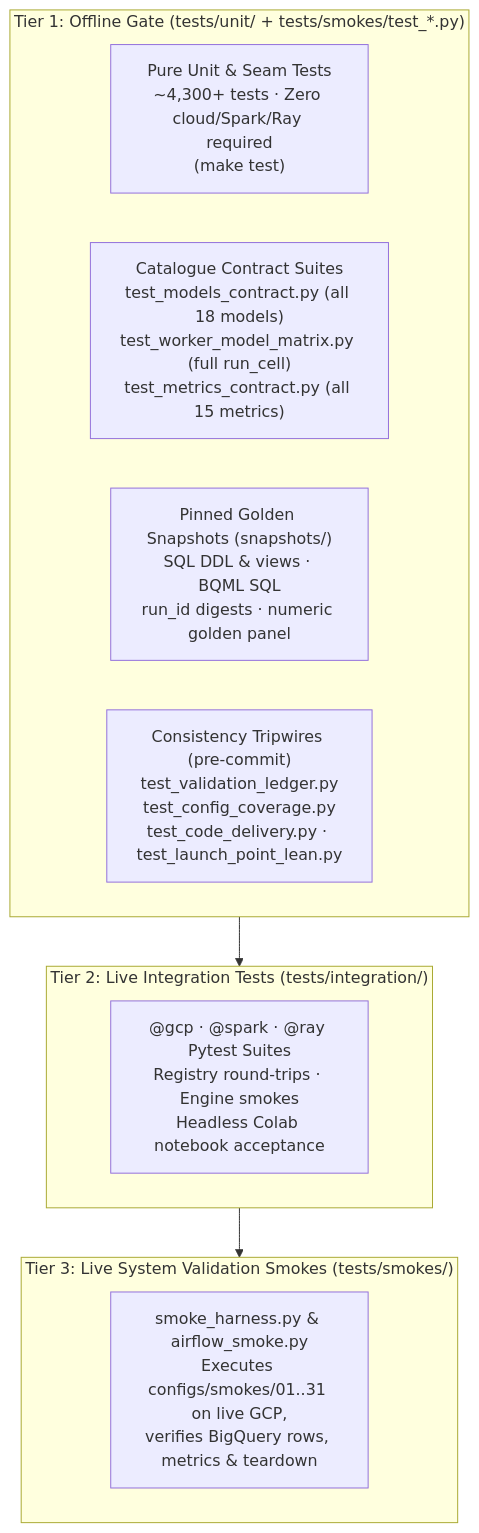
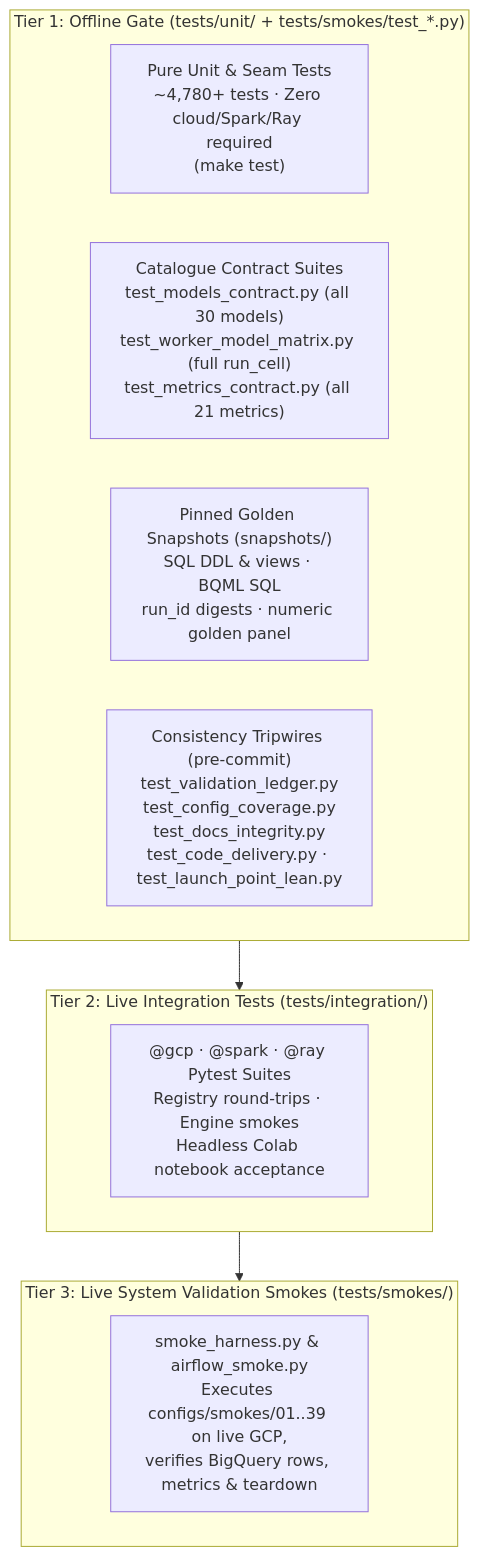
Before and after one commit to statmike/scale-forecasting: the diagram in tests/README.md, drawn with Mermaid. The commit also changed other lines of this file and 69 other files, not shown here.

````diff
--- a/tests/README.md
+++ b/tests/README.md
@@ -5,20 +5,20 @@
 ```mermaid
 flowchart TB
     subgraph offline["Tier 1: Offline Gate (tests/unit/ + tests/smokes/test_*.py)"]
         direction LR
-        unit["Pure Unit & Seam Tests<br/>~4,300+ tests · Zero cloud/Spark/Ray required<br/>(make test)"]
-        contracts["Catalogue Contract Suites<br/>test_models_contract.py (all 18 models)<br/>test_worker_model_matrix.py (full run_cell)<br/>test_metrics_contract.py (all 15 metrics)"]
+        unit["Pure Unit & Seam Tests<br/>~4,780+ tests · Zero cloud/Spark/Ray required<br/>(make test)"]
+        contracts["Catalogue Contract Suites<br/>test_models_contract.py (all 30 models)<br/>test_worker_model_matrix.py (full run_cell)<br/>test_metrics_contract.py (all 21 metrics)"]
         snaps["Pinned Golden Snapshots (snapshots/)<br/>SQL DDL & views · BQML SQL<br/>run_id digests · numeric golden panel"]
-        trips["Consistency Tripwires (pre-commit)<br/>test_validation_ledger.py<br/>test_config_coverage.py<br/>test_code_delivery.py · test_launch_point_lean.py"]
+        trips["Consistency Tripwires (pre-commit)<br/>test_validation_ledger.py<br/>test_config_coverage.py<br/>test_docs_integrity.py<br/>test_code_delivery.py · test_launch_point_lean.py"]
     end
 
     subgraph integ["Tier 2: Live Integration Tests (tests/integration/)"]
         it["@gcp · @spark · @ray Pytest Suites<br/>Registry round-trips · Engine smokes<br/>Headless Colab notebook acceptance"]
     end
 
     subgraph smokes["Tier 3: Live System Validation Smokes (tests/smokes/)"]
-        sh["smoke_harness.py & airflow_smoke.py<br/>Executes configs/smokes/01..31 on live GCP,<br/>verifies BigQuery rows, metrics & teardown"]
+        sh["smoke_harness.py & airflow_smoke.py<br/>Executes configs/smokes/01..39 on live GCP,<br/>verifies BigQuery rows, metrics & teardown"]
     end
 
     offline --> integ --> smokes
 ```
````
